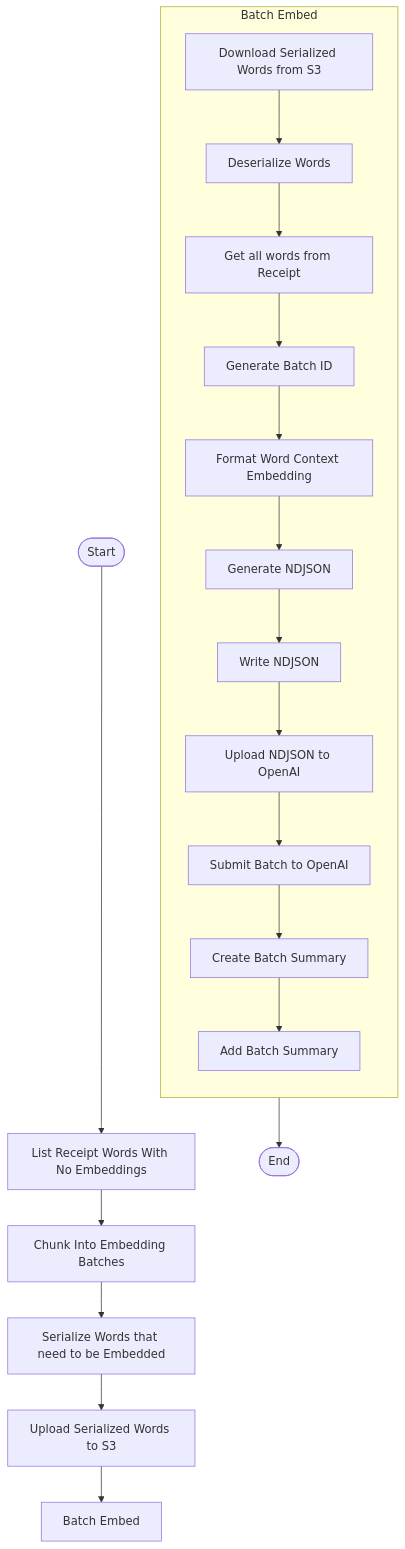
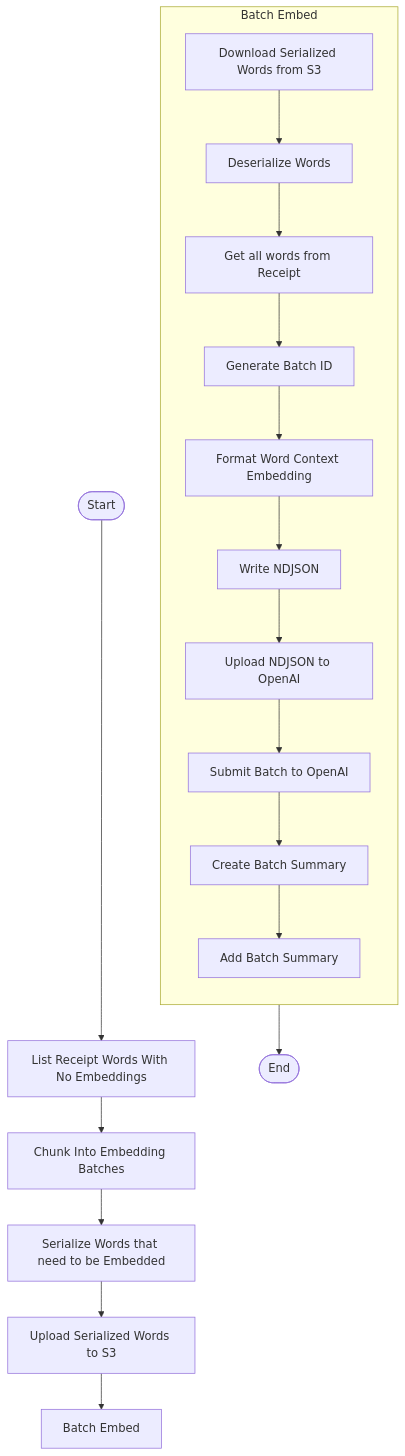
The diagram in receipt_label/receipt_label/submit_embedding_batch/README.md (tnorlund/Portfolio), drawn with Mermaid before and after one commit. The commit also changed other lines of this file and 5 other files, not shown here.

````diff
--- a/receipt_label/receipt_label/submit_embedding_batch/README.md
+++ b/receipt_label/receipt_label/submit_embedding_batch/README.md
@@ -107,25 +107,24 @@
 ```mermaid
 flowchart TD
     start([Start]) --> list_receipt_words_with_no_embeddings["List Receipt Words With No Embeddings"]
     list_receipt_words_with_no_embeddings --> chunk_into_embedding_batches["Chunk Into Embedding Batches"]
     chunk_into_embedding_batches --> serialize_receipt_words["Serialize Words that need to be Embedded"]
     serialize_receipt_words --> upload_serialized_words["Upload Serialized Words to S3"]
     upload_serialized_words --> batch_embed["Batch Embed"]
 
     subgraph map_chunks["Batch Embed"]
         direction TB
         download_serialized_words["Download Serialized Words from S3"] --> deserialize_receipt_words["Deserialize Words"]
         deserialize_receipt_words --> query_receipt_words["Get all words from Receipt"]
         query_receipt_words --> generate_batch_id["Generate Batch ID"]
         generate_batch_id --> format_word_context_embedding["Format Word Context Embedding"]
-        format_word_context_embedding --> generate_ndjson["Generate NDJSON"]
-        generate_ndjson --> write_ndjson["Write NDJSON"]
+        format_word_context_embedding --> write_ndjson["Write NDJSON"]
         write_ndjson --> upload_to_openai["Upload NDJSON to OpenAI"]
         upload_to_openai --> submit_batch_to_openai["Submit Batch to OpenAI"]
         submit_batch_to_openai --> create_batch_summary["Create Batch Summary"]
         create_batch_summary --> add_batch_summary["Add Batch Summary"]
     end
 
     map_chunks --> END([End])
 
 ```
````
